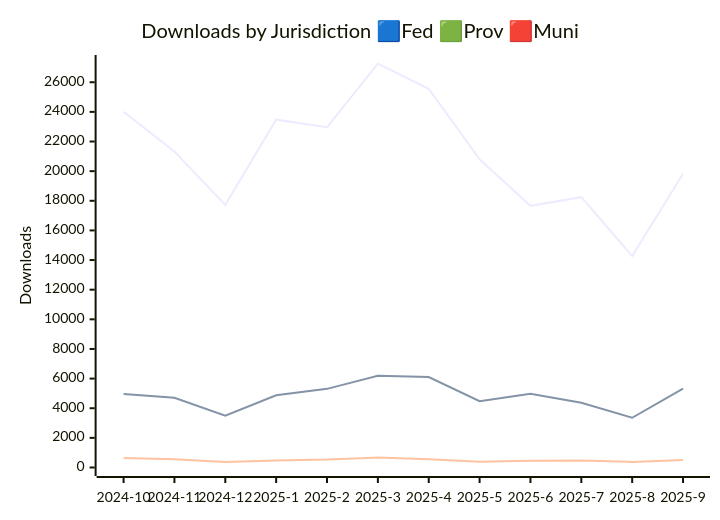
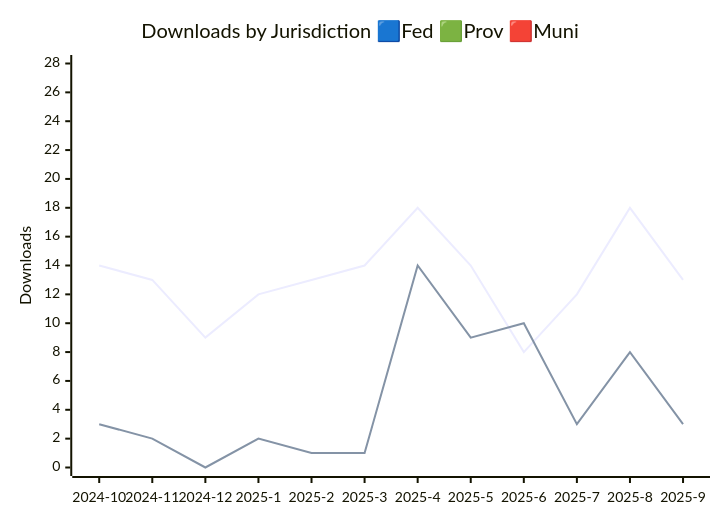
The first of 3 diagrams in JURISDICTION_ANALYTICS_REPORT/readme.md (PatLittle/analytics-corporate-reporting), drawn with Mermaid before and after one commit. The commit also changed other lines of this file and 3 other files, not shown here.

````diff
--- a/JURISDICTION_ANALYTICS_REPORT/readme.md
+++ b/JURISDICTION_ANALYTICS_REPORT/readme.md
@@ -14,10 +14,9 @@
 ```mermaid
 
 xychart-beta
     title "Downloads by Jurisdiction 🟦Fed 🟩Prov 🟥Muni"
     x-axis [2024-10, 2024-11, 2024-12, 2025-1, 2025-2, 2025-3, 2025-4, 2025-5, 2025-6, 2025-7, 2025-8, 2025-9]
-    y-axis "Downloads" 0 --> 27265
-    line [24004, 21323, 17726, 23475, 22961, 27255, 25558, 20802, 17661, 18244, 14268, 19821]
-    line [4959, 4709, 3494, 4874, 5307, 6196, 6104, 4470, 4973, 4374, 3356, 5327]
-    line [649, 561, 364, 478, 535, 673, 563, 386, 461, 471, 379, 507]
+    y-axis "Downloads" 0 --> 28
+    line [14, 13, 9, 12, 13, 14, 18, 14, 8, 12, 18, 13]
+    line [3, 2, 0, 2, 1, 1, 14, 9, 10, 3, 8, 3]
 ```
````
